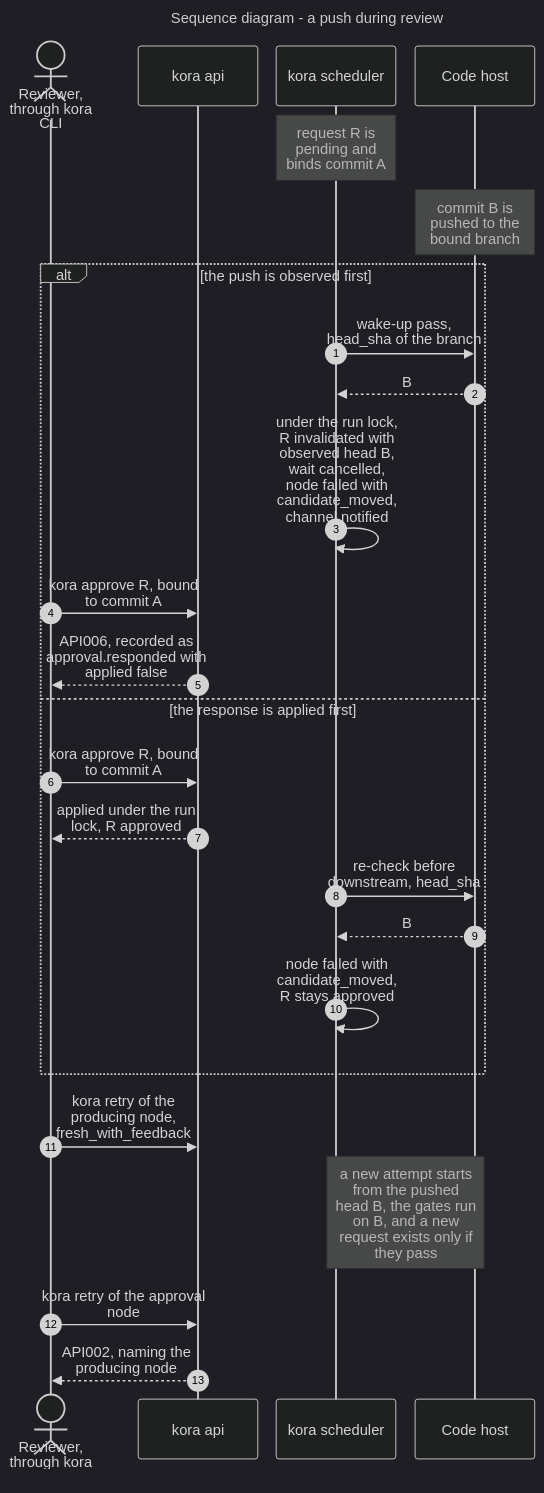
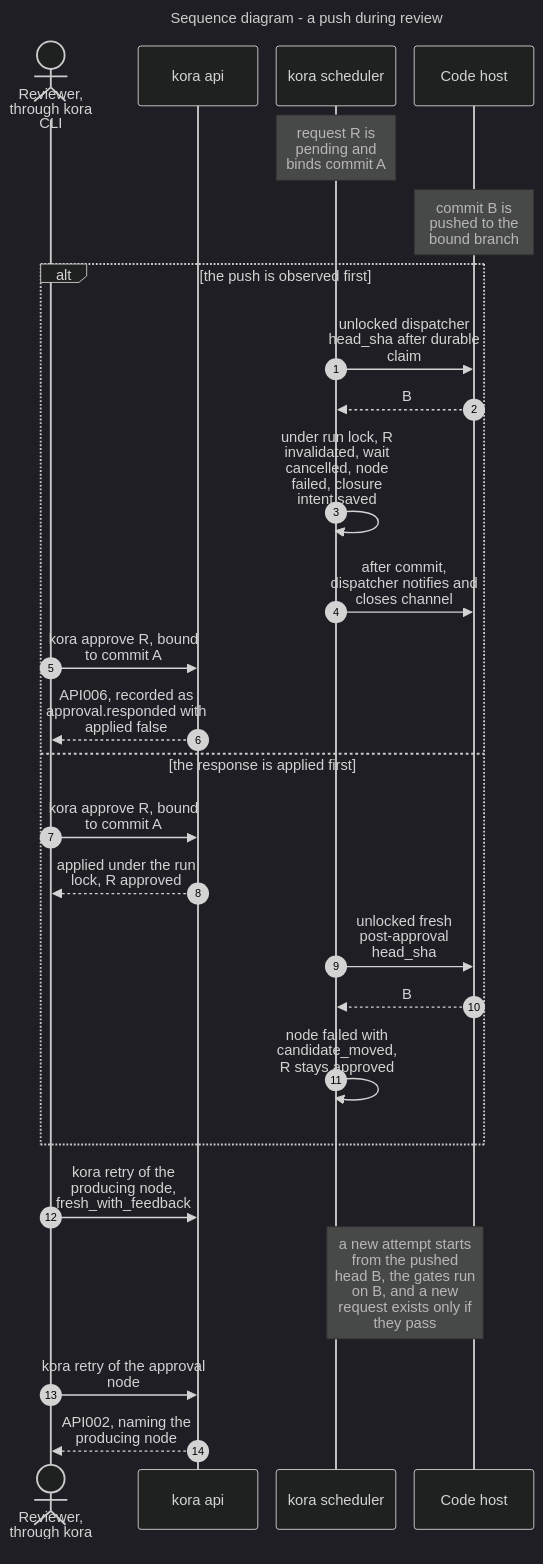
Diagram 15 of 24 in knowledge/architecture/internals.md (klukashka/kora), drawn with Mermaid (dark theme) before and after one commit. The commit also changed other lines of this file and 16 other files, not shown here.

````diff
--- a/knowledge/architecture/internals.md
+++ b/knowledge/architecture/internals.md
@@ -860,38 +860,39 @@
 ```mermaid
 ---
 title: Sequence diagram - a push during review
 config:
   sequence:
     wrap: true
     width: 130
     actorMargin: 20
     messageMargin: 30
 ---
 sequenceDiagram
   accTitle: A push during review
   accDescr: A pending request binds commit A, and commit B is pushed to the bound branch. If the scheduler observes the push first, it invalidates the request, cancels the wait, fails the node with candidate_moved and notifies the channel; a later response is refused with API006 and recorded as not applied. If the response is applied first, the request is approved, and the re-check before downstream sees commit B and fails the node with candidate_moved while the request stays approved. Either way the author retries the producing node with fresh_with_feedback, and retrying the approval node itself is refused with API002.
   autonumber
   actor E as Reviewer, through kora CLI
   participant A as kora api
   participant S as kora scheduler
   participant C as Code host
   Note over S: request R is pending and binds commit A
   Note over C: commit B is pushed to the bound branch
   alt the push is observed first
-    S->>C: wake-up pass, head_sha of the branch
+    S->>C: unlocked dispatcher head_sha after durable claim
     C-->>S: B
-    S->>S: under the run lock, R invalidated with observed head B, wait cancelled, node failed with candidate_moved, channel notified
+    S->>S: under run lock, R invalidated, wait cancelled, node failed, closure intent saved
+    S->>C: after commit, dispatcher notifies and closes channel
     E->>A: kora approve R, bound to commit A
     A-->>E: API006, recorded as approval.responded with applied false
   else the response is applied first
     E->>A: kora approve R, bound to commit A
     A-->>E: applied under the run lock, R approved
-    S->>C: re-check before downstream, head_sha
+    S->>C: unlocked fresh post-approval head_sha
     C-->>S: B
     S->>S: node failed with candidate_moved, R stays approved
   end
   E->>A: kora retry of the producing node, fresh_with_feedback
   Note over S,C: a new attempt starts from the pushed head B, the gates run on B, and a new request exists only if they pass
   E->>A: kora retry of the approval node
   A-->>E: API002, naming the producing node
 ```
````
